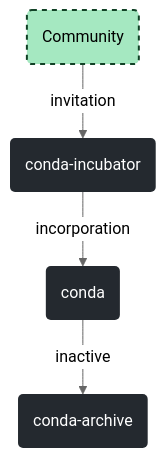
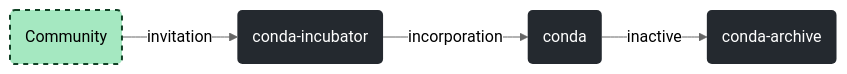
The diagram in profile/README.md (conda/.github), drawn with Mermaid (neutral theme) before and after one commit. The commit also changed other lines of this file, not shown here.

Commit message:
Use note admonition and switch flowchart to LR (#5)

````diff
--- a/profile/README.md
+++ b/profile/README.md
@@ -11,21 +26,21 @@
 ```mermaid
-flowchart
+flowchart LR
     %% nodes
     community(Community):::community
     incubator(conda-incubator):::github
     conda(conda):::github
     archive(conda-archive):::github
 
     %% graph
     community-- invitation -->incubator
     incubator-- incorporation -->conda
     %% incubator-- inactive -->archive
     %% incubator-- unassociated -->community
     conda-- inactive -->archive
     %% conda-- dissolved -->incubator
     %% archive-- revived -->incubator
 
     %% style
     classDef community fill:#a5e8c1,stroke:#114226,stroke-width:2,stroke-dasharray: 5 5
     classDef github fill:#24292f,stroke:none,color:#fff
 ```
````
